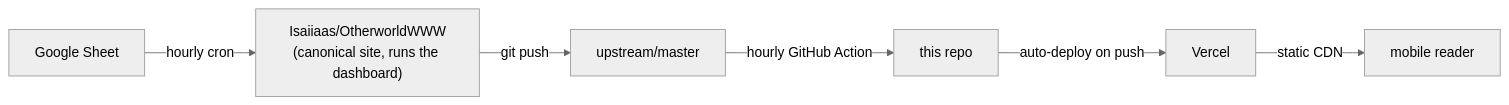
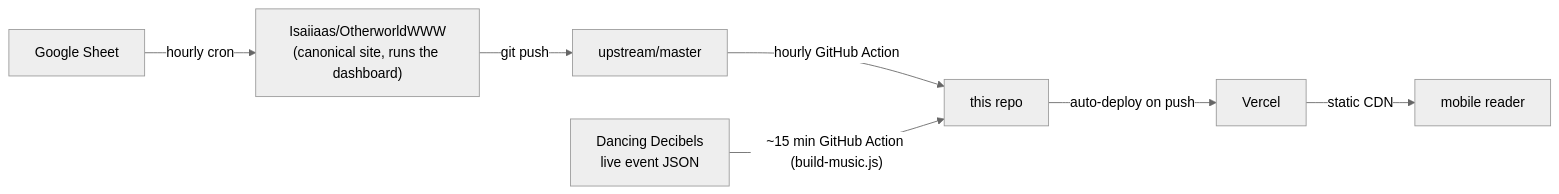
The diagram in README.md (gustavogarci/Otherworld2026), drawn with Mermaid (neutral theme) before and after one commit. The commit also changed other lines of this file and 4 other files, not shown here.

First line of the commit message:
Sync music lineup from live Dancing Decibels feed

````diff
--- a/README.md
+++ b/README.md
@@ -54,8 +60,9 @@
 ```mermaid
 flowchart LR
   Sheet[Google Sheet] -->|hourly cron| UpstreamSite["Isaiiaas/OtherworldWWW<br/>(canonical site, runs the dashboard)"]
   UpstreamSite -->|git push| UpstreamRepo[upstream/master]
   UpstreamRepo -->|hourly GitHub Action| ForkRepo[this repo]
+  DDFeed["Dancing Decibels<br/>live event JSON"] -->|"~15 min GitHub Action (build-music.js)"| ForkRepo
   ForkRepo -->|auto-deploy on push| Vercel[Vercel]
   Vercel -->|static CDN| Reader[mobile reader]
 ```
````
